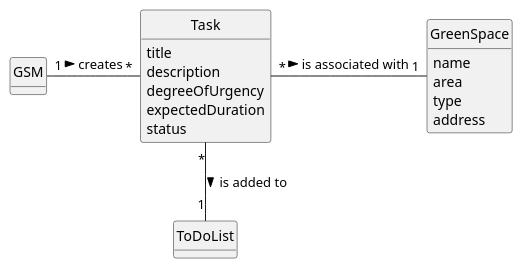
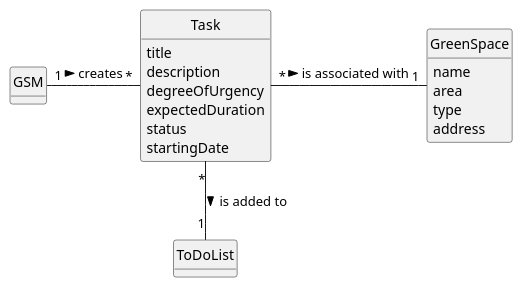
One commit to Departamento-de-Engenharia-Informatica/lei-24-s2-1dm-g132 changed the diagram in docs/sprintC/us021/02.analysis/puml/us021-domain-model.puml. Above: the diagram before and after it, drawn with PlantUML. The commit also changed 1 other file, not shown here.

```diff
--- a/docs/sprintC/us021/02.analysis/puml/us021-domain-model.puml
+++ b/docs/sprintC/us021/02.analysis/puml/us021-domain-model.puml
@@ -1,40 +1,41 @@
 @startuml
 skinparam monochrome true
 skinparam packageStyle rectangle
 skinparam shadowing false
 
 'left to right direction
 
 skinparam classAttributeIconSize 0
 
 hide circle
 hide methods
 
 class GSM {
 }
 
 class Task {
     title
     description
     degreeOfUrgency
     expectedDuration
     status
+    startingDate
 }
 
 class ToDoList {
 }
 
 class GreenSpace {
     name
     area
     type
     address
 }
 
 GSM "1" - "*" Task : creates >
 
 Task "*" -- "1" ToDoList : is added to >
 
 Task "*" - "1" GreenSpace : is associated with >
 
 @enduml
```
